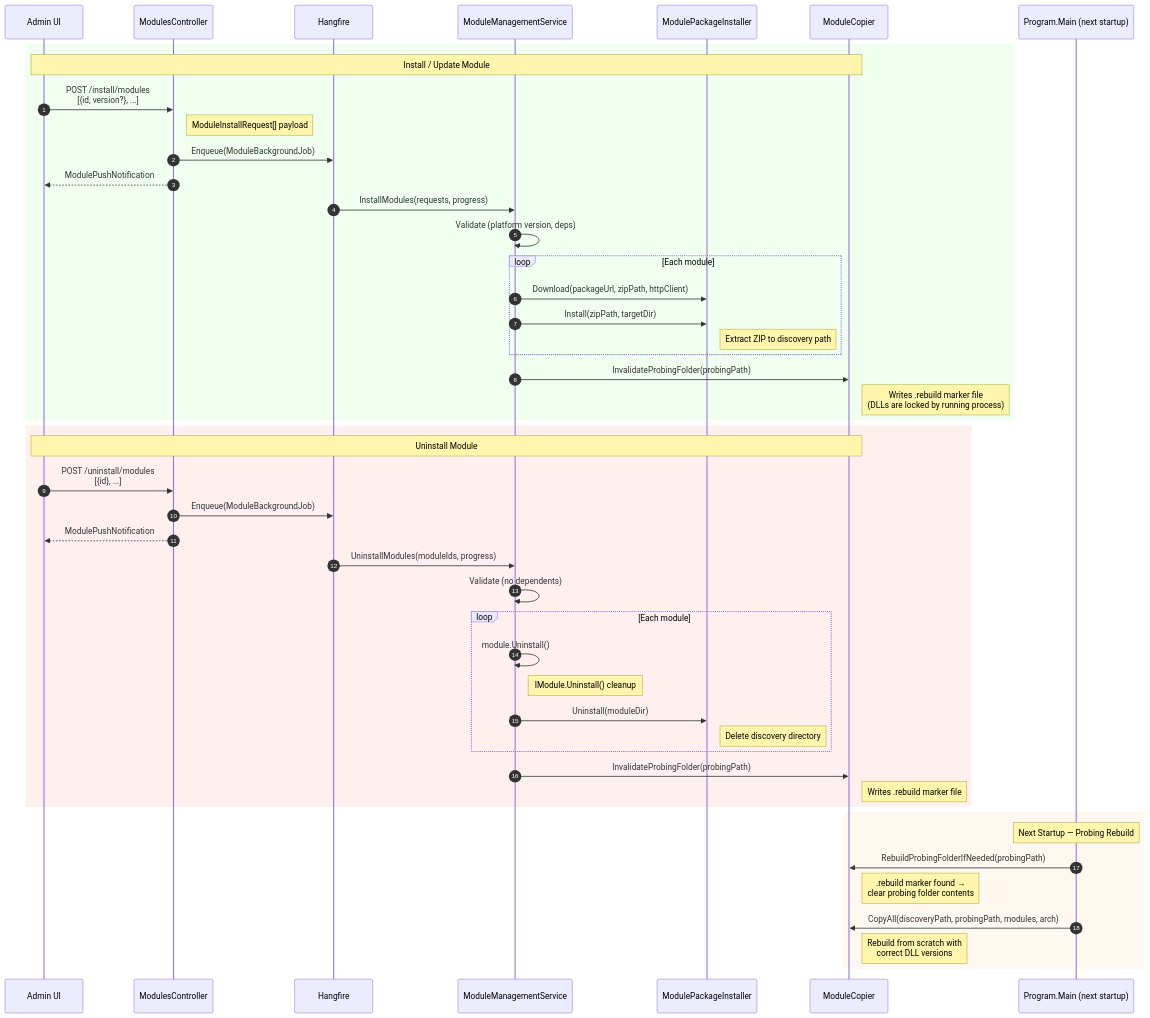
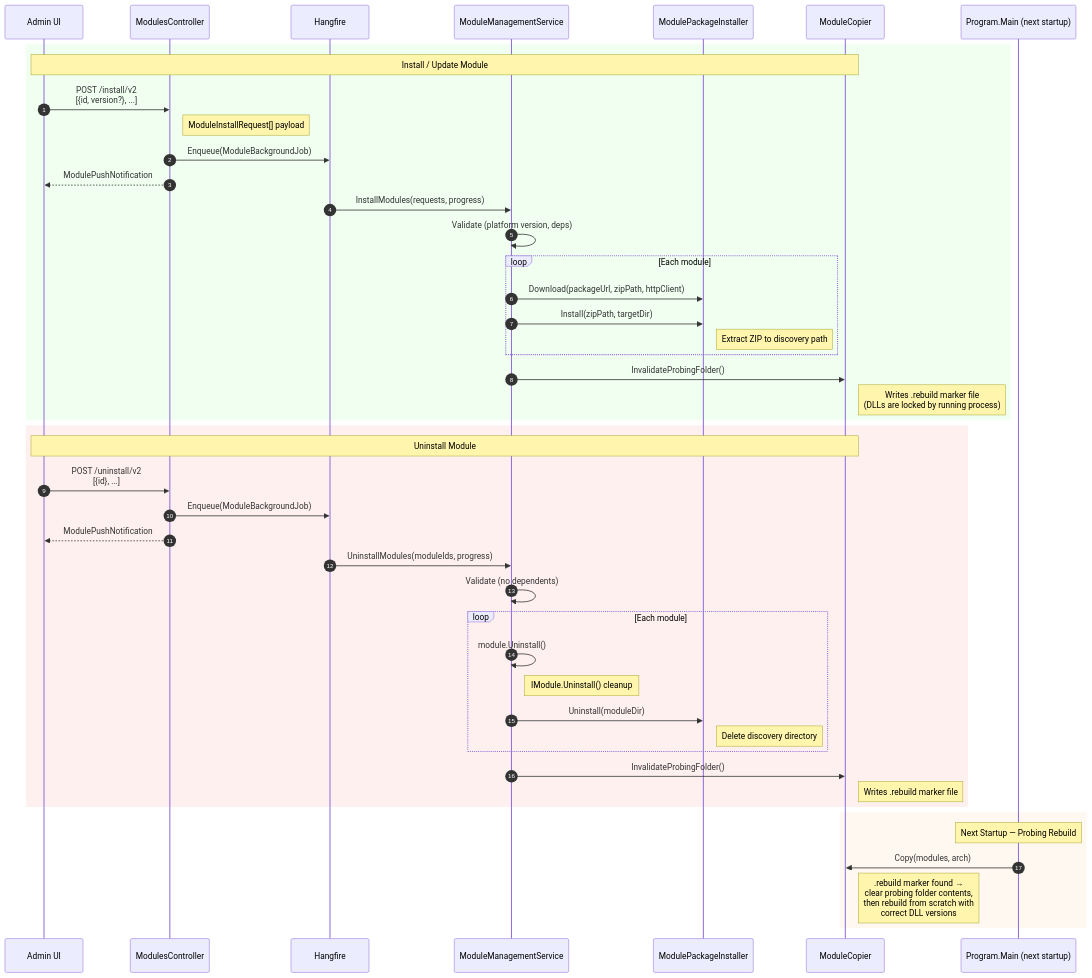
The third of 3 diagrams in docs/modularity.md (VirtoCommerce/vc-platform), drawn with Mermaid before and after one commit. The commit also changed other lines of this file, not shown here.

````diff
--- a/docs/modularity.md
+++ b/docs/modularity.md
@@ -204,57 +202,55 @@
 ```mermaid
 sequenceDiagram
     autonumber
     participant UI as Admin UI
     participant API as ModulesController
     participant HF as Hangfire
     participant MMS as ModuleManagementService
     participant MPI as ModulePackageInstaller
     participant MC as ModuleCopier
     participant P as Program.Main (next startup)
 
     rect rgb(240, 255, 240)
     Note over UI,MC: Install / Update Module
-    UI->>API: POST /install/modules<br/>[{id, version?}, ...]
+    UI->>API: POST /install/v2<br/>[{id, version?}, ...]
     Note right of API: ModuleInstallRequest[] payload
     API->>HF: Enqueue(ModuleBackgroundJob)
     API-->>UI: ModulePushNotification
     HF->>MMS: InstallModules(requests, progress)
     MMS->>MMS: Validate (platform version, deps)
 
     loop Each module
         MMS->>MPI: Download(packageUrl, zipPath, httpClient)
         MMS->>MPI: Install(zipPath, targetDir)
         Note right of MPI: Extract ZIP to discovery path
     end
 
-    MMS->>MC: InvalidateProbingFolder(probingPath)
+    MMS->>MC: InvalidateProbingFolder()
     Note right of MC: Writes .rebuild marker file<br/>(DLLs are locked by running process)
     end
 
     rect rgb(255, 240, 240)
     Note over UI,MC: Uninstall Module
-    UI->>API: POST /uninstall/modules<br/>[{id}, ...]
+    UI->>API: POST /uninstall/v2<br/>[{id}, ...]
     API->>HF: Enqueue(ModuleBackgroundJob)
     API-->>UI: ModulePushNotification
     HF->>MMS: UninstallModules(moduleIds, progress)
     MMS->>MMS: Validate (no dependents)
 
     loop Each module
         MMS->>MMS: module.Uninstall()
         Note right of MMS: IModule.Uninstall() cleanup
         MMS->>MPI: Uninstall(moduleDir)
         Note right of MPI: Delete discovery directory
     end
 
-    MMS->>MC: InvalidateProbingFolder(probingPath)
+    MMS->>MC: InvalidateProbingFolder()
     Note right of MC: Writes .rebuild marker file
     end
 
     rect rgb(255, 248, 240)
     Note over P: Next Startup — Probing Rebuild
-    P->>MC: RebuildProbingFolderIfNeeded(probingPath)
-    Note right of MC: .rebuild marker found →<br/>clear probing folder contents
-    P->>MC: CopyAll(discoveryPath, probingPath, modules, arch)
-    Note right of MC: Rebuild from scratch with<br/>correct DLL versions
+    P->>MC: Copy(modules, arch)
+    Note right of MC: .rebuild marker found →<br/>clear probing folder contents,<br/>then rebuild from scratch with<br/>correct DLL versions
     end
 ```
````
